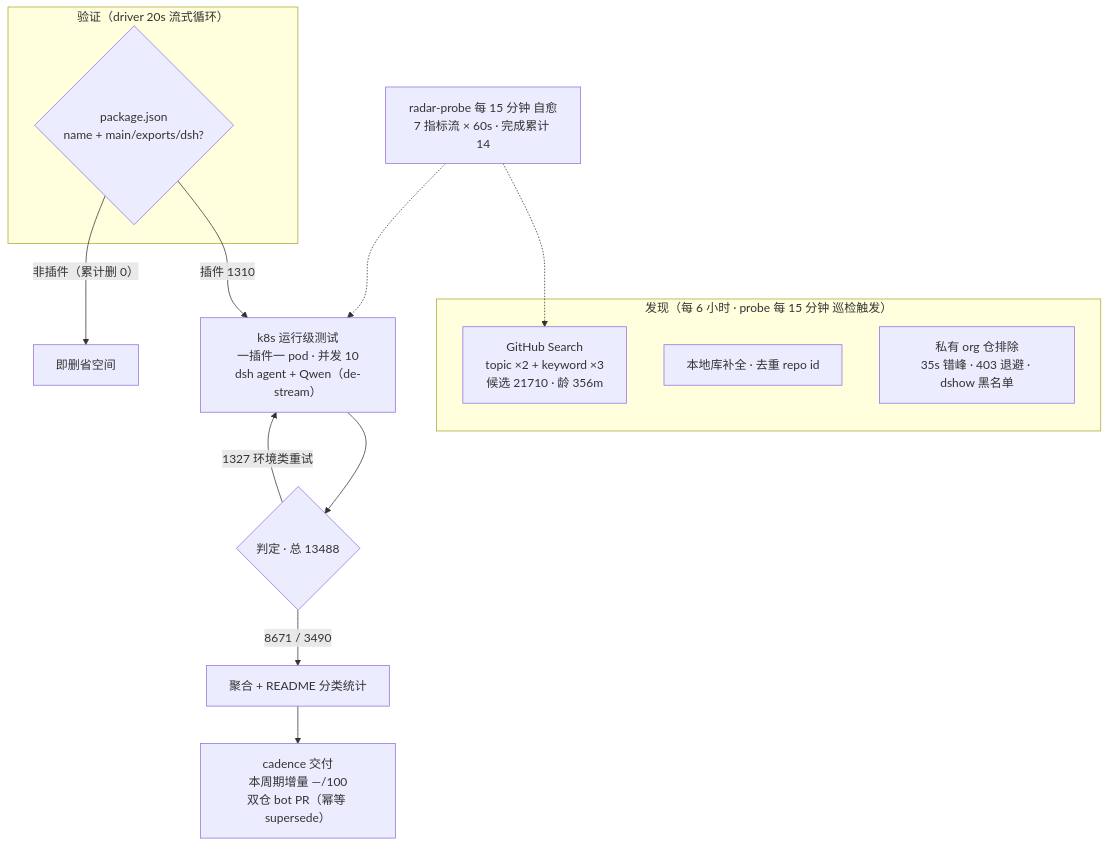
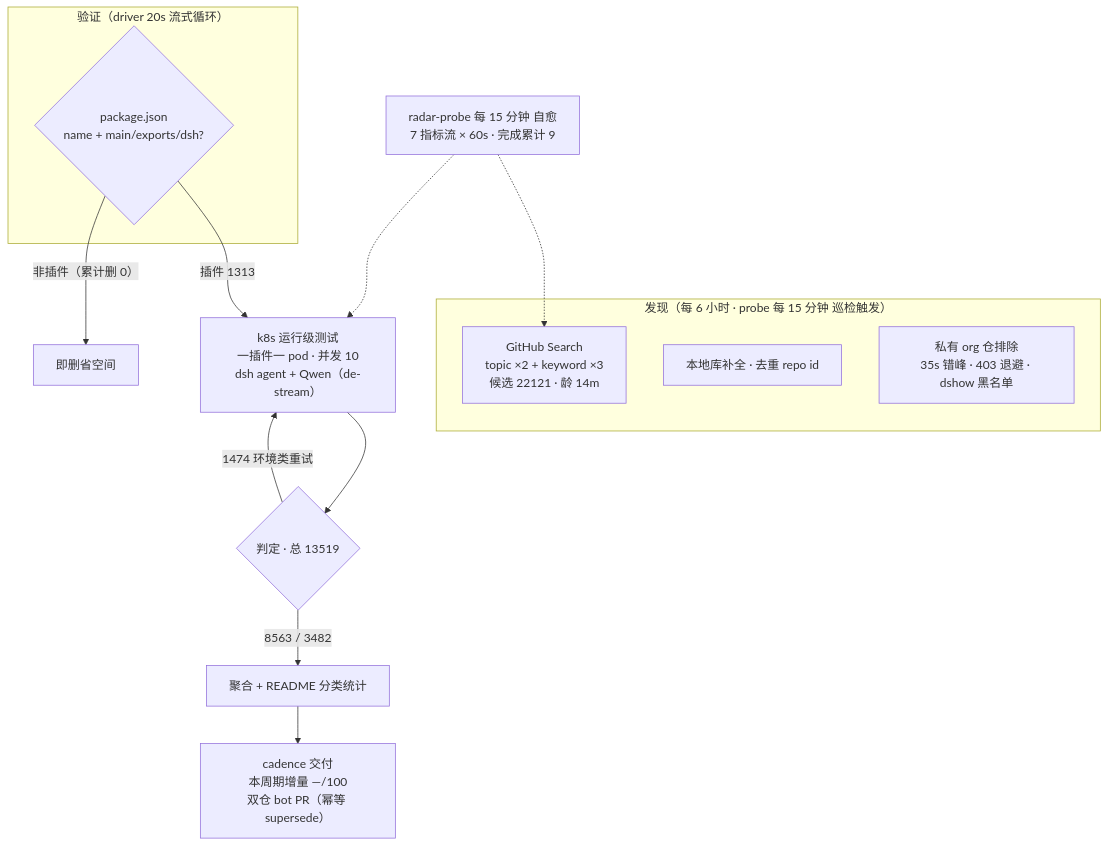
One commit to 1420079678-ctrl/dsh-plugin-radar changed the diagram in README.md. Above: the diagram before and after it, drawn with Mermaid. The commit also changed other lines of this file and 17 other files, not shown here.

````diff
--- a/README.md
+++ b/README.md
@@ -55,20 +55,20 @@
 ```mermaid
 flowchart TB
     subgraph Discovery["发现（每 6 小时 · probe 每 15 分钟 巡检触发）"]
-        A1["GitHub Search<br/>topic ×2 + keyword ×3<br/>候选 21710 · 龄 356m"]
+        A1["GitHub Search<br/>topic ×2 + keyword ×3<br/>候选 22121 · 龄 14m"]
         A2["本地库补全 · 去重 repo id"]
         A3["私有 org 仓排除<br/>35s 错峰 · 403 退避 · dshow 黑名单"]
     end
     subgraph Validation["验证（driver 20s 流式循环）"]
         B1{"package.json<br/>name + main/exports/dsh?"}
     end
-    B1 -->|"插件 1310"| C1["k8s 运行级测试<br/>一插件一 pod · 并发 10<br/>dsh agent + Qwen（de-stream）"]
+    B1 -->|"插件 1313"| C1["k8s 运行级测试<br/>一插件一 pod · 并发 10<br/>dsh agent + Qwen（de-stream）"]
     B1 -->|"非插件（累计删 0）"| B3["即删省空间"]
-    C1 --> D1{"判定 · 总 13488"}
-    D1 -->|"8671 / 3490"| E1["聚合 + README 分类统计"]
-    D1 -->|"1327 环境类重试"| C1
+    C1 --> D1{"判定 · 总 13519"}
+    D1 -->|"8563 / 3482"| E1["聚合 + README 分类统计"]
+    D1 -->|"1474 环境类重试"| C1
     E1 --> E2["cadence 交付<br/>本周期增量 —/100<br/>双仓 bot PR（幂等 supersede）"]
-    M["radar-probe 每 15 分钟 自愈<br/>7 指标流 × 60s · 完成累计 14"]
+    M["radar-probe 每 15 分钟 自愈<br/>7 指标流 × 60s · 完成累计 9"]
     M -.-> A1
     M -.-> C1
 ```
````
